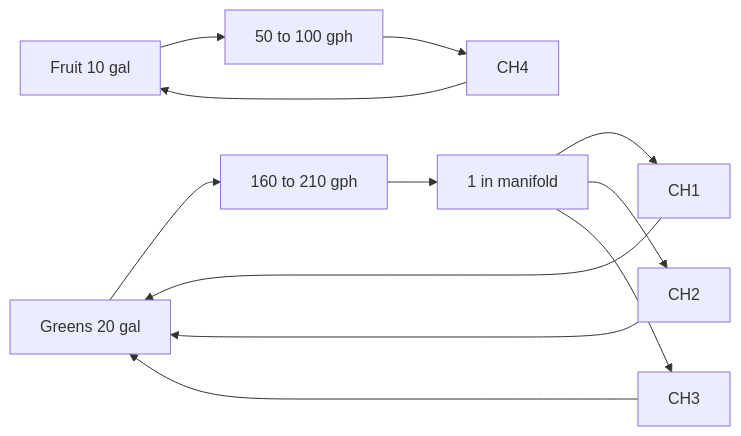
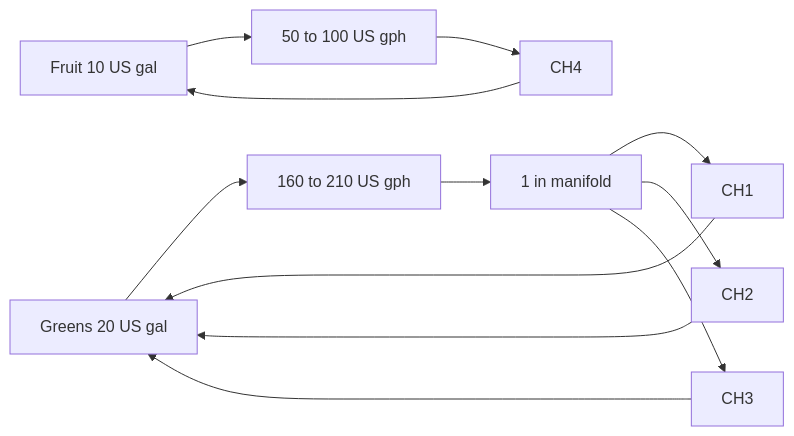
Before and after one commit to UncleJS/guide_hydroponics: the second of 3 diagrams in zones.md, drawn with Mermaid. The commit also changed other lines of this file and 35 other files, not shown here.

````diff
--- a/zones.md
+++ b/zones.md
@@ -96,12 +96,12 @@
 ```mermaid
 flowchart LR
-  greensRes["Greens 20 gal"] --> greensPump["160 to 210 gph"] --> manifold["1 in manifold"]
+  greensRes["Greens 20 US gal"] --> greensPump["160 to 210 US gph"] --> manifold["1 in manifold"]
   manifold --> ch1["CH1"]
   manifold --> ch2["CH2"]
   manifold --> ch3["CH3"]
   ch1 --> greensRes
   ch2 --> greensRes
   ch3 --> greensRes
-  fruitRes["Fruit 10 gal"] --> fruitPump["50 to 100 gph"] --> ch4["CH4"]
+  fruitRes["Fruit 10 US gal"] --> fruitPump["50 to 100 US gph"] --> ch4["CH4"]
   ch4 --> fruitRes
 ```
````
